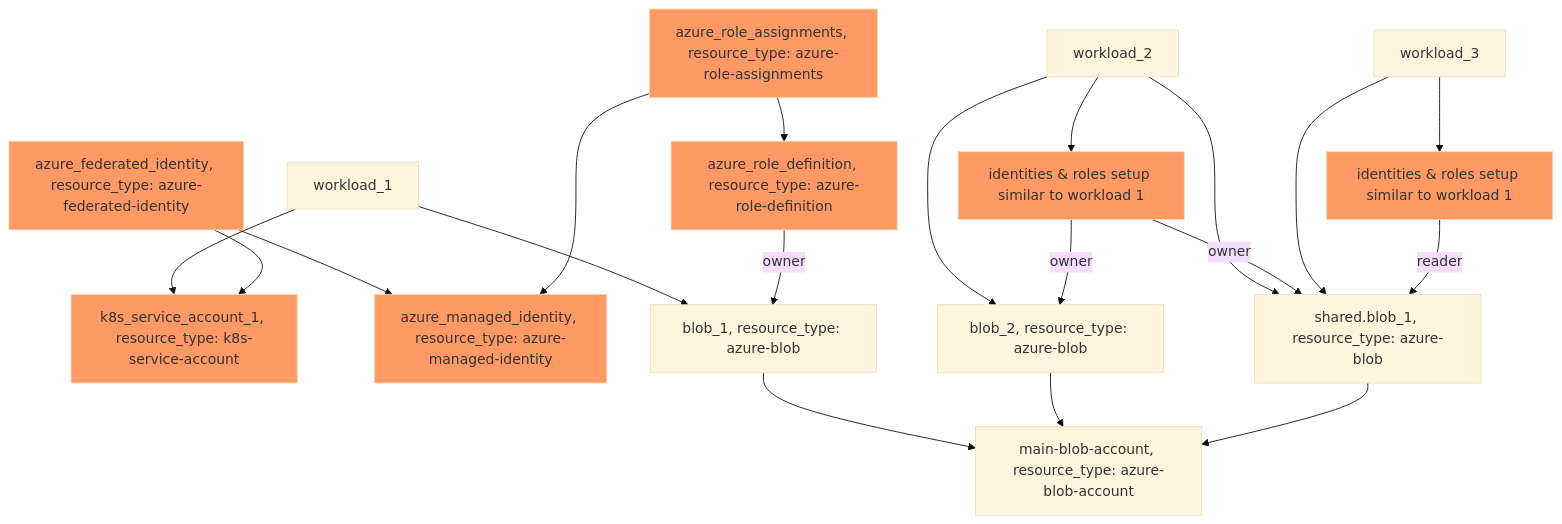
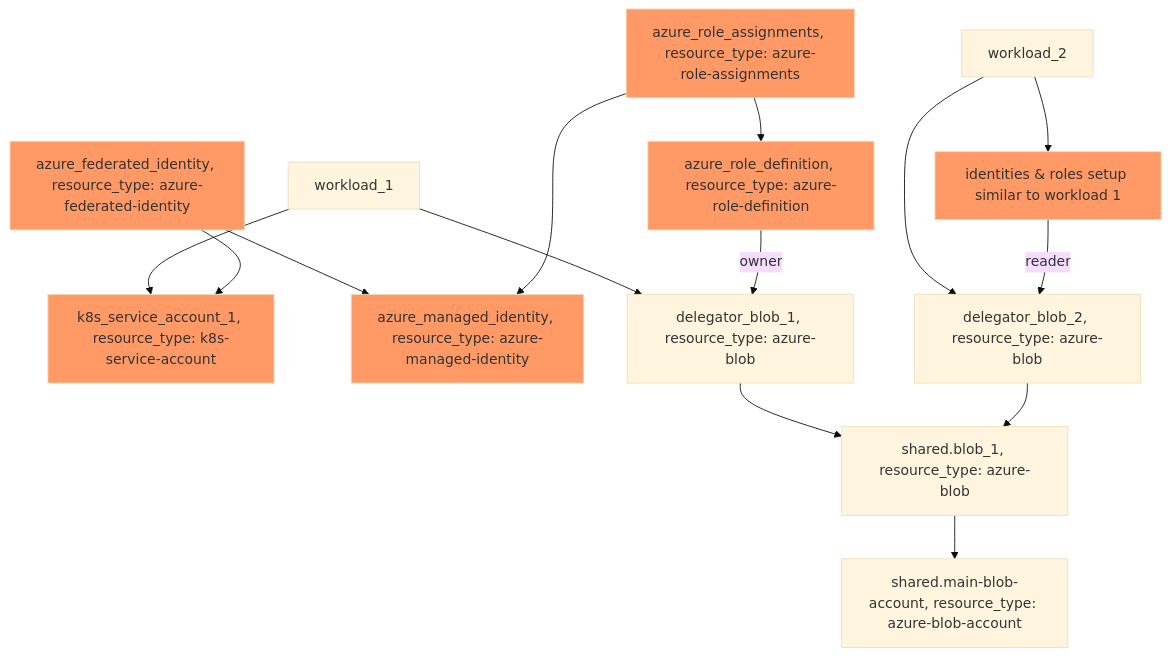
Before and after one commit to humanitec-architecture/resource-packs-azure: the second of 2 diagrams in examples/blob-storage/README.md, drawn with Mermaid (base theme). The commit also changed other lines of this file and 6 other files, not shown here.

Commit message:
feat: add infrastructure and orchestrator diagrams

````diff
--- a/examples/blob-storage/README.md
+++ b/examples/blob-storage/README.md
@@ -47,23 +48,18 @@
 ```mermaid
 graph TD;
     workload_1 --> k8s_sa_1["k8s_service_account_1, resource_type: k8s-service-account"]:::policy 
     az_fi_1 --> az_mi_1["azure_managed_identity, resource_type: azure-managed-identity"]:::policy
     az_ra_1["azure_role_assignments, resource_type: azure-role-assignments"]:::policy --> az_mi_1
     az_ra_1 --> az_rd_1["azure_role_definition, resource_type: azure-role-definition"]:::policy
     az_fi_1["azure_federated_identity, resource_type: azure-federated-identity"]:::policy --> k8s_sa_1
-    workload_1 --> blob_1["blob_1, resource_type: azure-blob"]
+    workload_1 --> blob_1["delegator_blob_1, resource_type: azure-blob"]
     az_rd_1 -- owner --> blob_1
     workload_2 --> p_2["identities & roles setup similar to workload 1"]:::policy
-    workload_2 --> blob_2["blob_2, resource_type: azure-blob"]
-    p_2 -- owner --> blob_2
-    workload_2 --> shared.blob_1["shared.blob_1, resource_type: azure-blob"]
-    p_2 -- owner --> shared.blob_1
-    workload_3 --> shared.blob_1["shared.blob_1, resource_type: azure-blob"]
-    workload_3 --> p_3["identities & roles setup similar to workload 1"]:::policy
-    p_3 -- reader --> shared.blob_1
-    blob_1 --> blob_account["main-blob-account, resource_type: azure-blob-account"]
-    blob_2 --> blob_account
-    shared.blob_1 --> blob_account
-
+    workload_2 --> blob_2["delegator_blob_2, resource_type: azure-blob"]
+    p_2 -- reader --> blob_2
+    blob_1 --> shared.blob_1["shared.blob_1, resource_type: azure-blob"]
+    blob_2 --> shared.blob_1
+    shared.blob_1 --> blob_account["shared.main-blob-account, resource_type: azure-blob-account"]
+    
     classDef policy fill:#f96
 ```
````
